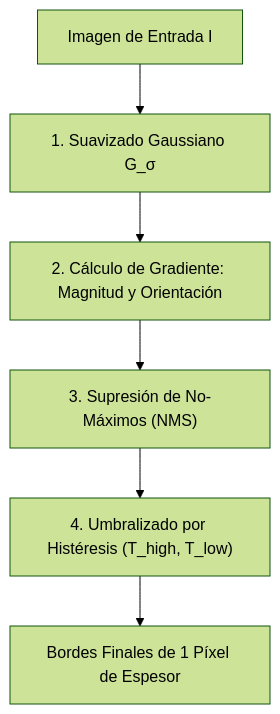
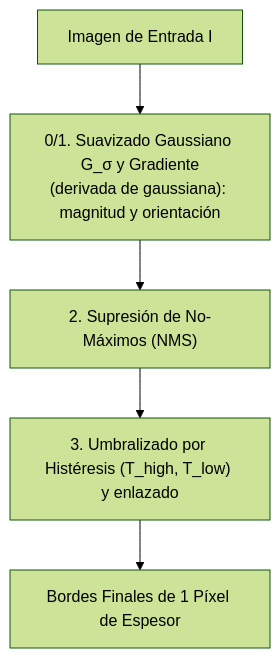
Before and after one commit to DanielChicoUGR/VC_APUNTES: the fourth of 5 diagrams in Tema 2/2. Gaussianas y Bordes.md, drawn with Mermaid (forest theme). The commit also changed other lines of this file and 10 other files, not shown here.

````diff
--- a/Tema 2/2. Gaussianas y Bordes.md
+++ b/Tema 2/2. Gaussianas y Bordes.md
@@ -252,8 +390,7 @@
 ```mermaid
 flowchart TD
-    A["Imagen de Entrada I"] --> B["1. Suavizado Gaussiano G_σ"]
-    B --> C["2. Cálculo de Gradiente: Magnitud y Orientación"]
-    C --> D["3. Supresión de No-Máximos (NMS)"]
-    D --> E["4. Umbralizado por Histéresis (T_high, T_low)"]
+    A["Imagen de Entrada I"] --> B["0/1. Suavizado Gaussiano G_σ y Gradiente<br>(derivada de gaussiana): magnitud y orientación"]
+    B --> D["2. Supresión de No-Máximos (NMS)"]
+    D --> E["3. Umbralizado por Histéresis (T_high, T_low) y enlazado"]
     E --> F["Bordes Finales de 1 Píxel de Espesor"]
 ```
````
